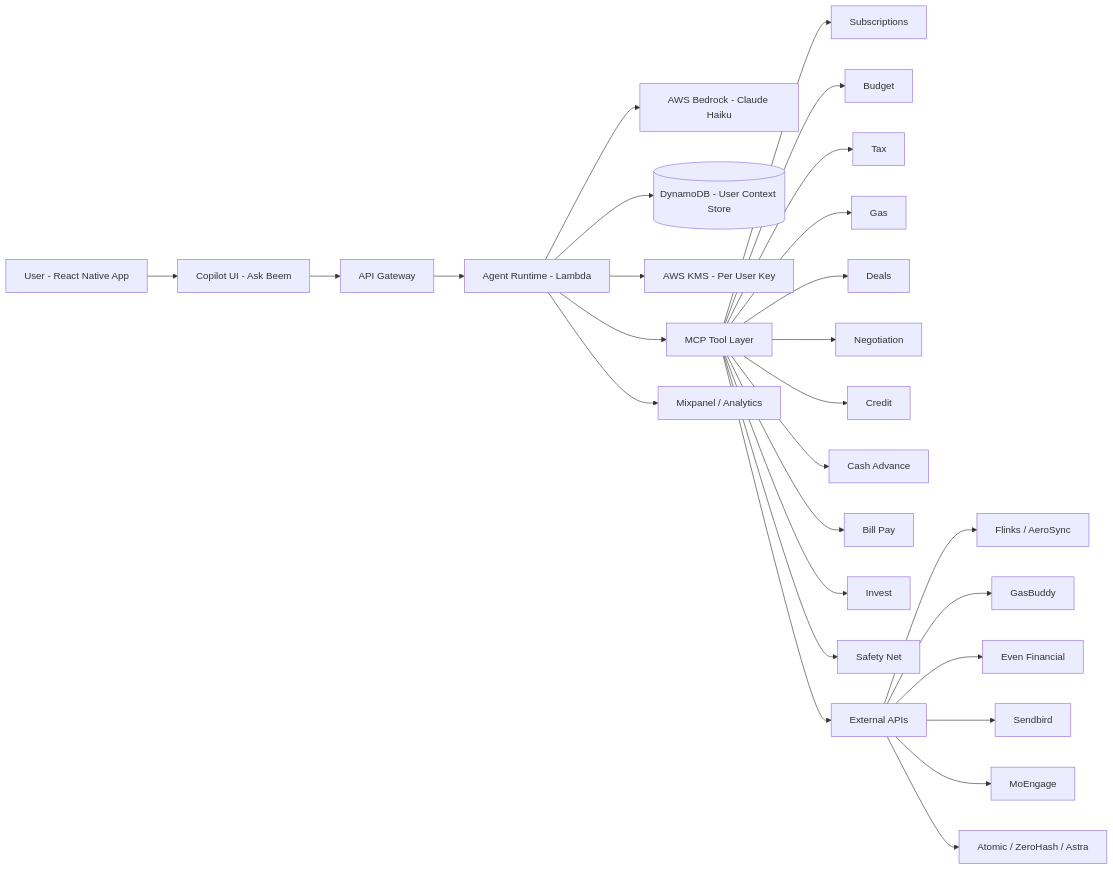
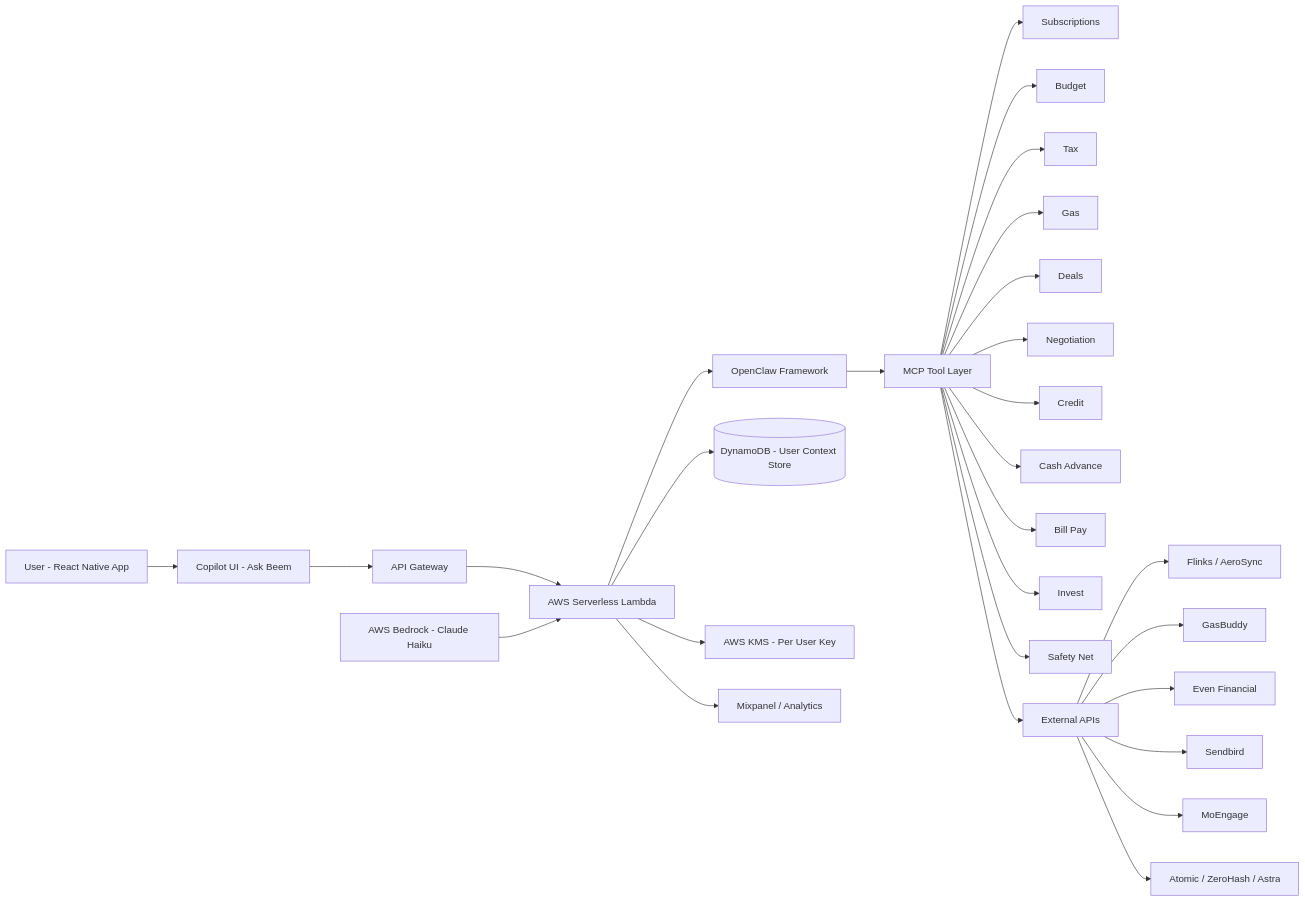
Before and after one commit to niteshkothari-beem/OpenClaw-System-Design-Diagrams: the diagram in High-Level.md, drawn with Mermaid.

````diff
--- a/High-Level.md
+++ b/High-Level.md
@@ -1,36 +1,38 @@
 ```mermaid
 flowchart LR
     U[User - React Native App] --> UI[Copilot UI - Ask Beem]
     UI --> AGW[API Gateway]
 
-    AGW --> AR[Agent Runtime - Lambda]
+    AGW --> LAMBDA[AWS Serverless Lambda]
 
-    AR --> B[AWS Bedrock - Claude Haiku]
-    AR --> DDB[(DynamoDB - User Context Store)]
-    AR --> KMS[AWS KMS - Per User Key]
+    LAMBDA --> OC[OpenClaw Framework]
 
-    AR --> MCP[MCP Tool Layer]
+    OC --> MCP[MCP Tool Layer]
 
     MCP --> T1[Subscriptions]
     MCP --> T2[Budget]
     MCP --> T3[Tax]
     MCP --> T4[Gas]
     MCP --> T5[Deals]
     MCP --> T6[Negotiation]
     MCP --> T7[Credit]
     MCP --> T8[Cash Advance]
     MCP --> T9[Bill Pay]
     MCP --> T10[Invest]
     MCP --> T11[Safety Net]
 
     MCP --> EXT[External APIs]
 
     EXT --> F[Flinks / AeroSync]
     EXT --> G[GasBuddy]
     EXT --> E[Even Financial]
     EXT --> S[Sendbird]
     EXT --> M[MoEngage]
     EXT --> A[Atomic / ZeroHash / Astra]
 
-    AR --> OBS[Mixpanel / Analytics]
+    LAMBDA --> DDB[(DynamoDB - User Context Store)]
+    LAMBDA --> KMS[AWS KMS - Per User Key]
+    LAMBDA --> OBS[Mixpanel / Analytics]
+
+    B[AWS Bedrock - Claude Haiku] --> LAMBDA
 ```
````
